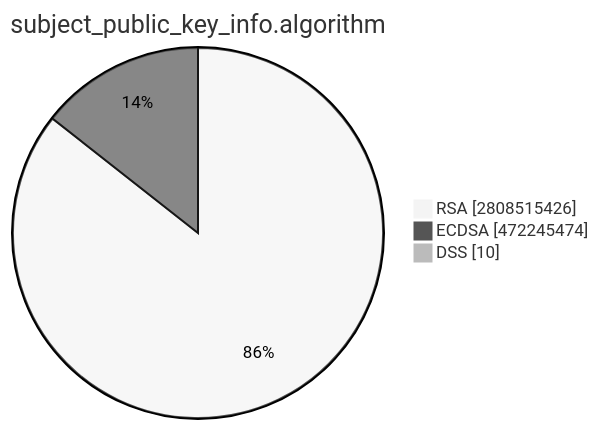
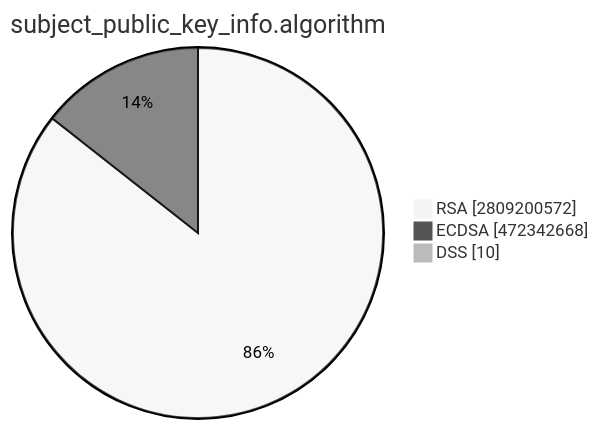
The second of 15 diagrams in TOTAL/README.md (christiankrug/ctmonitor_visualization), drawn with Mermaid (neutral theme) before and after one commit. The commit also changed other lines of this file, not shown here.

````diff
--- a/TOTAL/README.md
+++ b/TOTAL/README.md
@@ -6,7 +6,7 @@
 ```mermaid
 pie showData
 title subject_public_key_info.algorithm
-"RSA" :2808515426
-"ECDSA" :472245474
+"RSA" :2809200572
+"ECDSA" :472342668
 "DSS" :10
 ```
````
